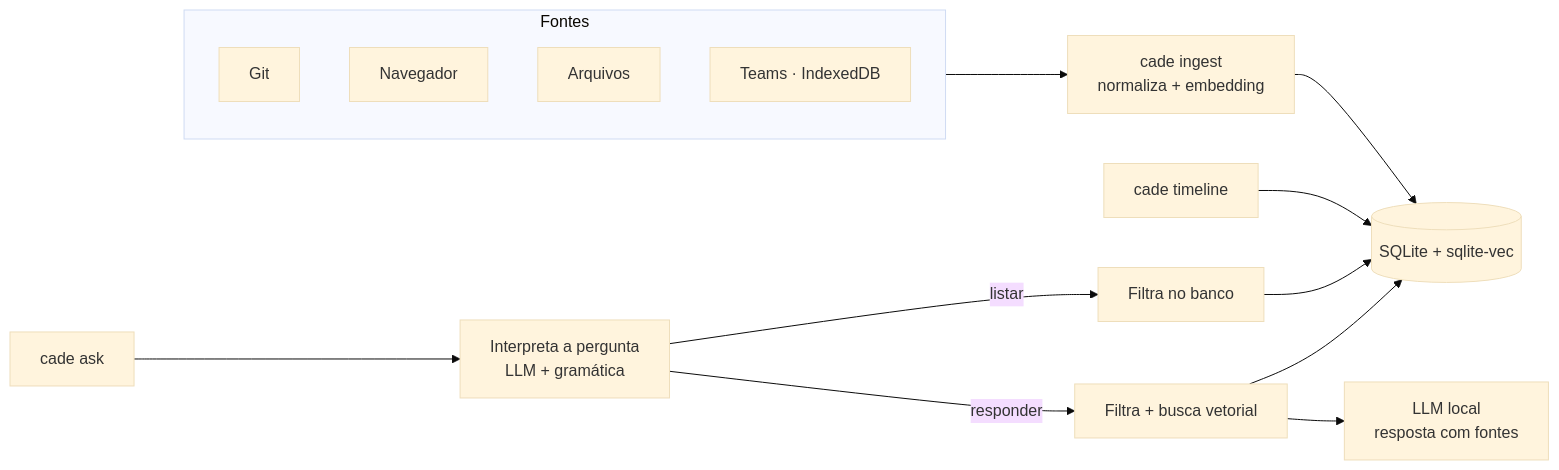
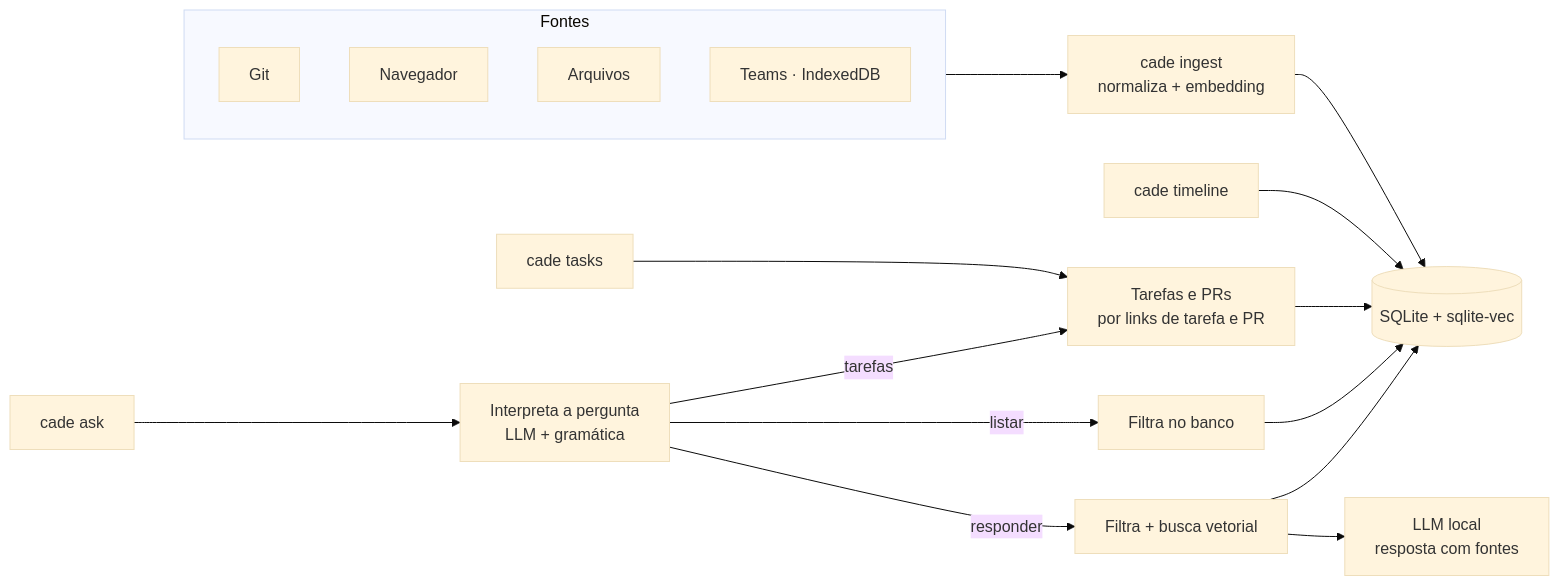
The diagram in README.pt-BR.md (Chipskein/cade), drawn with Mermaid (base theme) before and after one commit. The commit also changed other lines of this file and 23 other files, not shown here.

````diff
--- a/README.pt-BR.md
+++ b/README.pt-BR.md
@@ -13,21 +13,24 @@
 ```mermaid
 flowchart LR
     subgraph Fontes
         git[Git]
         nav[Navegador]
         arq[Arquivos]
         teams[Teams · IndexedDB]
     end
 
     Fontes --> ingest[cade ingest<br/>normaliza + embedding]
     ingest --> db[(SQLite + sqlite-vec)]
 
     timeline[cade timeline] --> db
+    tasks[cade tasks] --> relatorio[Tarefas e PRs<br/>por links de tarefa e PR]
+    relatorio --> db
 
     ask[cade ask] --> plano[Interpreta a pergunta<br/>LLM + gramática]
     plano -->|listar| filtro[Filtra no banco]
     plano -->|responder| busca[Filtra + busca vetorial]
+    plano -->|tarefas| relatorio
     filtro --> db
     busca --> db
     busca --> llm[LLM local<br/>resposta com fontes]
 ```
````
